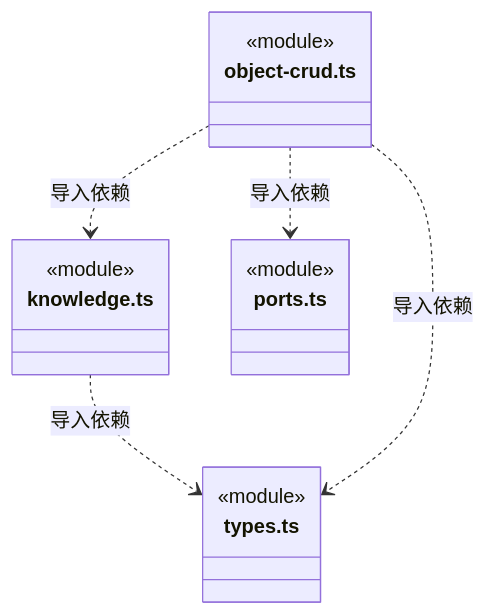
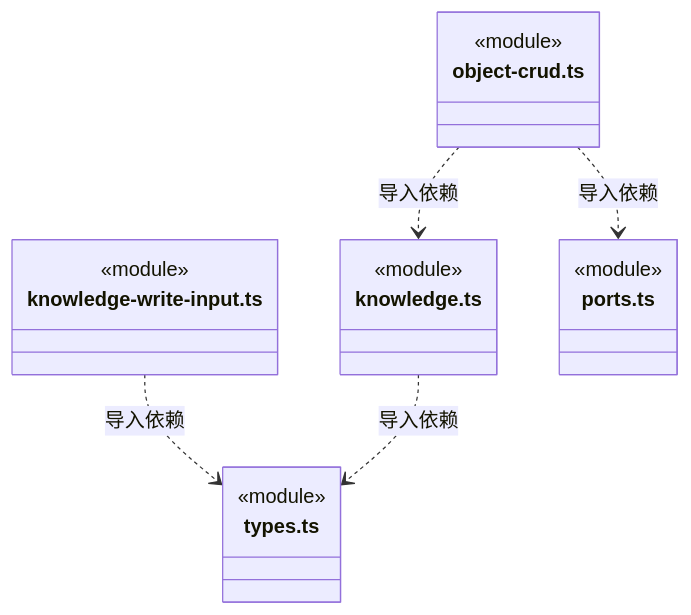
Diagram 28 of 32 in src/backend/core/knowledge/ARCHITECTURE.md (nan023062/cbim), drawn with Mermaid before and after one commit. The commit also changed other lines of this file and 36 other files, not shown here.

````diff
--- a/src/backend/core/knowledge/ARCHITECTURE.md
+++ b/src/backend/core/knowledge/ARCHITECTURE.md
@@ -658,19 +661,22 @@
 ```mermaid
 classDiagram
-class N_src_backend_core_knowledge_knowledge_ts["knowledge.ts"] {
+class N_src_backend_core_knowledge_knowledge_write_input_ts["knowledge-write-input.ts"] {
   <<module>>
 }
 class N_src_backend_core_knowledge_types_ts["types.ts"] {
+  <<module>>
+}
+class N_src_backend_core_knowledge_knowledge_ts["knowledge.ts"] {
   <<module>>
 }
 class N_src_backend_core_knowledge_object_crud_ts["object-crud.ts"] {
   <<module>>
 }
 class N_src_backend_core_knowledge_ports_ts["ports.ts"] {
   <<module>>
 }
+N_src_backend_core_knowledge_knowledge_write_input_ts ..> N_src_backend_core_knowledge_types_ts : 导入依赖
 N_src_backend_core_knowledge_knowledge_ts ..> N_src_backend_core_knowledge_types_ts : 导入依赖
 N_src_backend_core_knowledge_object_crud_ts ..> N_src_backend_core_knowledge_ports_ts : 导入依赖
 N_src_backend_core_knowledge_object_crud_ts ..> N_src_backend_core_knowledge_knowledge_ts : 导入依赖
-N_src_backend_core_knowledge_object_crud_ts ..> N_src_backend_core_knowledge_types_ts : 导入依赖
 ```
````
